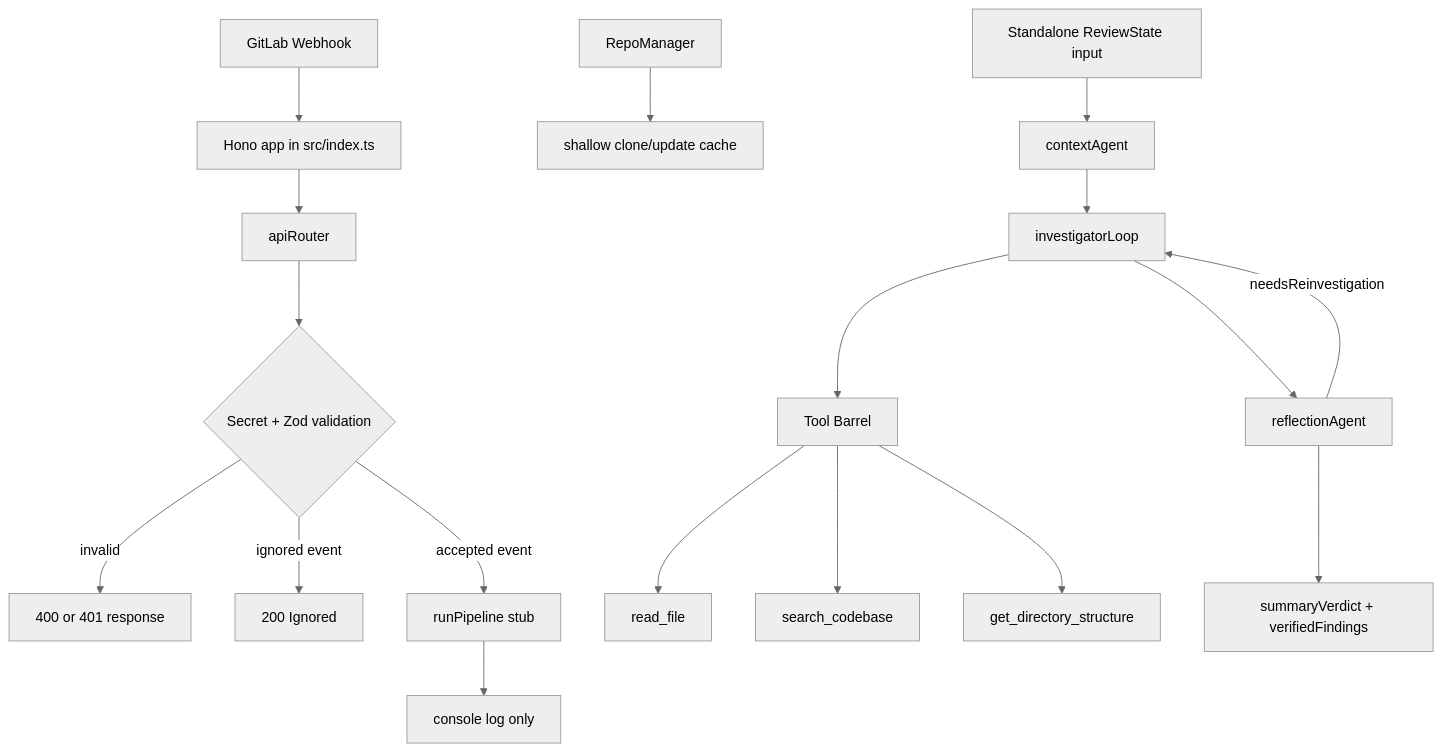
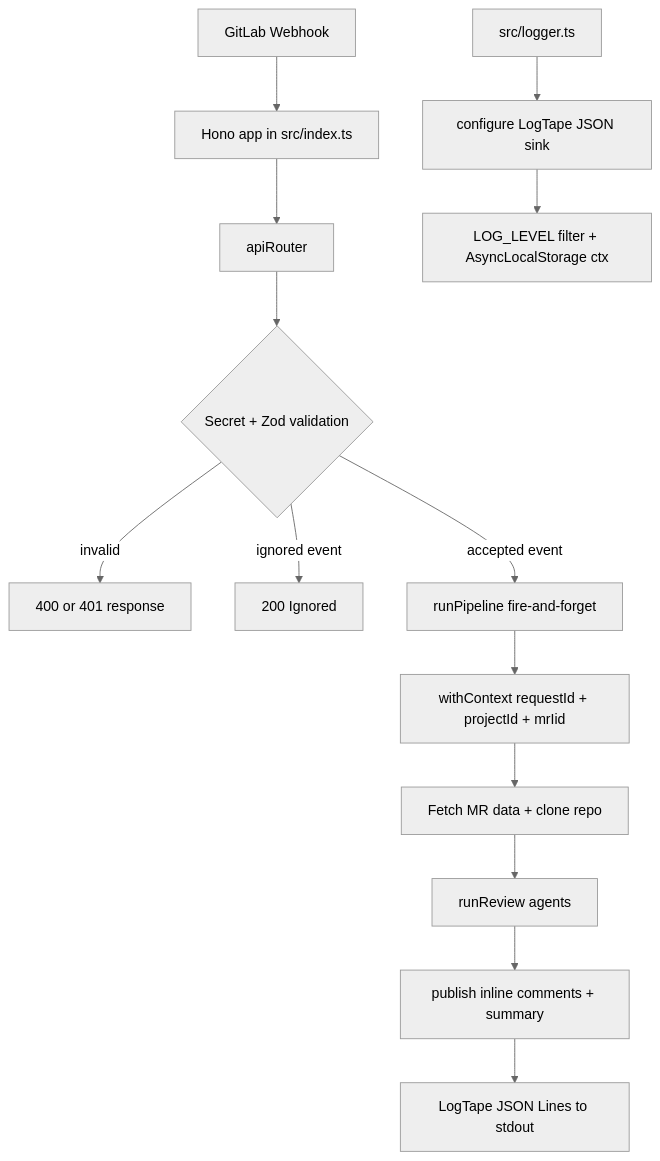
One commit to elis-salobehaj/git-gandalf changed the diagram in docs/humans/context/ARCHITECTURE.md. Above: the diagram before and after it, drawn with Mermaid (neutral theme). The commit also changed other lines of this file and 19 other files, not shown here.

First line of the commit message:
feat: add structured logging with LogTape

````diff
--- a/docs/humans/context/ARCHITECTURE.md
+++ b/docs/humans/context/ARCHITECTURE.md
@@ -9,22 +9,17 @@
 ```mermaid
 graph TD
 	A[GitLab Webhook] --> B[Hono app in src/index.ts]
 	B --> C[apiRouter]
 	C --> D{Secret + Zod validation}
 	D -->|invalid| E[400 or 401 response]
 	D -->|ignored event| F[200 Ignored]
-	D -->|accepted event| G[runPipeline stub]
-	G --> H[console log only]
+	D -->|accepted event| G[runPipeline fire-and-forget]
+	G --> GA[withContext requestId + projectId + mrIid]
+	GA --> H[Fetch MR data + clone repo]
+	H --> I[runReview agents]
+	I --> J[publish inline comments + summary]
+	J --> K[LogTape JSON Lines to stdout]
 
-	I[RepoManager] --> J[shallow clone/update cache]
-	K[Tool Barrel] --> L[read_file]
-	K --> M[search_codebase]
-	K --> N[get_directory_structure]
-
-	O[Standalone ReviewState input] --> P[contextAgent]
-	P --> Q[investigatorLoop]
-	Q --> K
-	Q --> R[reflectionAgent]
-	R -->|needsReinvestigation| Q
-	R --> S[summaryVerdict + verifiedFindings]
+	L[src/logger.ts] --> M[configure LogTape JSON sink]
+	M --> N[LOG_LEVEL filter + AsyncLocalStorage ctx]
 ```
````
